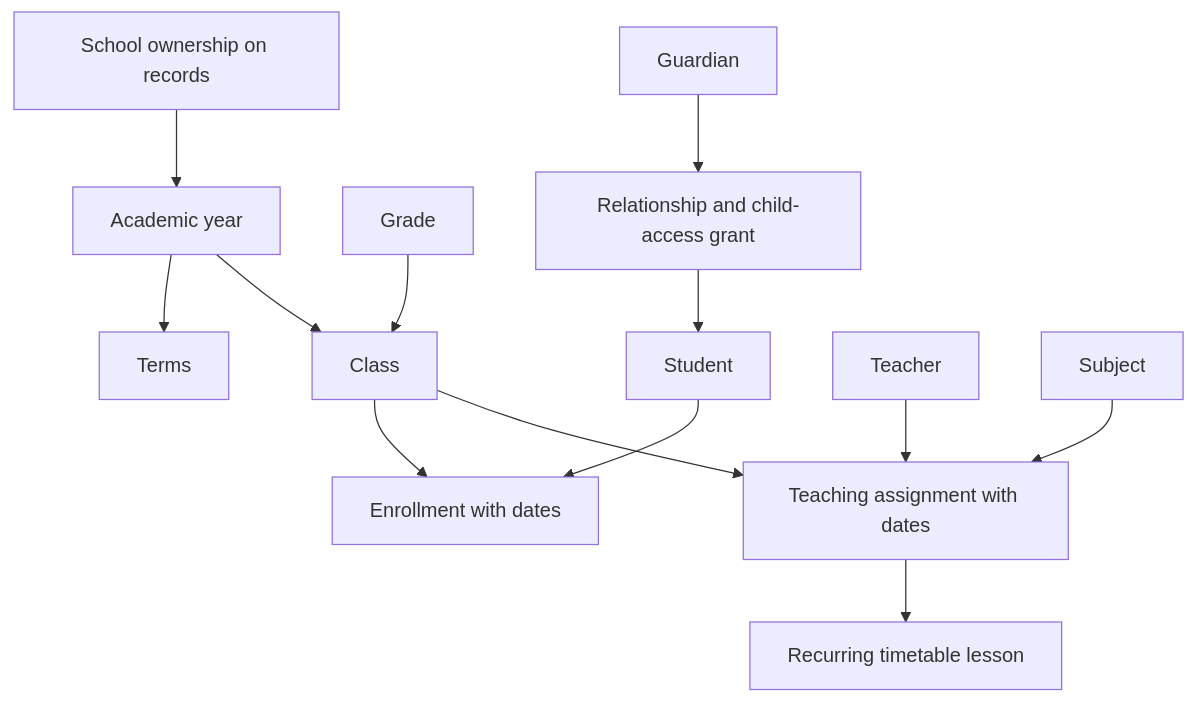
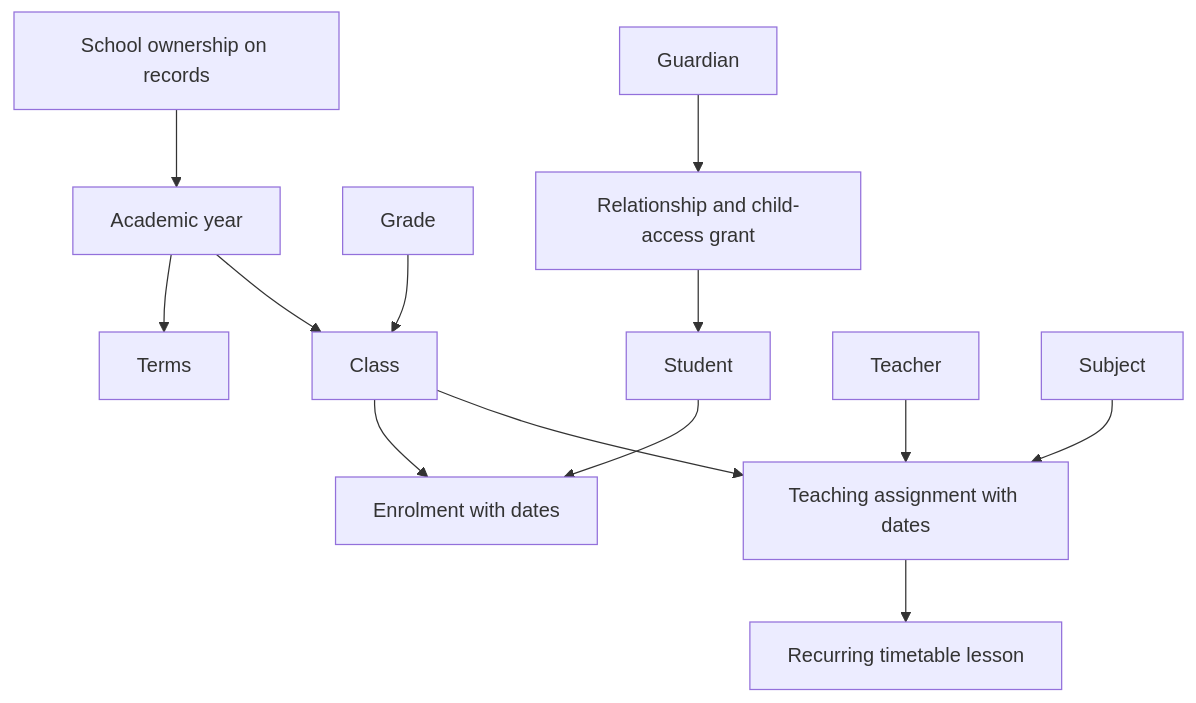
Before and after one commit to Philly-dotcom/school_portal: the fourth of 4 diagrams in docs/PHASE_2_EXPLAINED.md, drawn with Mermaid. The commit also changed other lines of this file and 24 other files, not shown here.

````diff
--- a/docs/PHASE_2_EXPLAINED.md
+++ b/docs/PHASE_2_EXPLAINED.md
@@ -172,15 +172,15 @@
 ```mermaid
 flowchart TD
     SCHOOL[School ownership on records] --> YEAR[Academic year]
     YEAR --> TERM[Terms]
     YEAR --> CLASS[Class]
     GRADE[Grade] --> CLASS
-    STUDENT[Student] --> ENROLL[Enrollment with dates]
+    STUDENT[Student] --> ENROLL[Enrolment with dates]
     CLASS --> ENROLL
     TEACHER[Teacher] --> ASSIGN[Teaching assignment with dates]
     SUBJECT[Subject] --> ASSIGN
     CLASS --> ASSIGN
     ASSIGN --> LESSON[Recurring timetable lesson]
     GUARDIAN[Guardian] --> LINK[Relationship and child-access grant]
     LINK --> STUDENT
 ```
````
